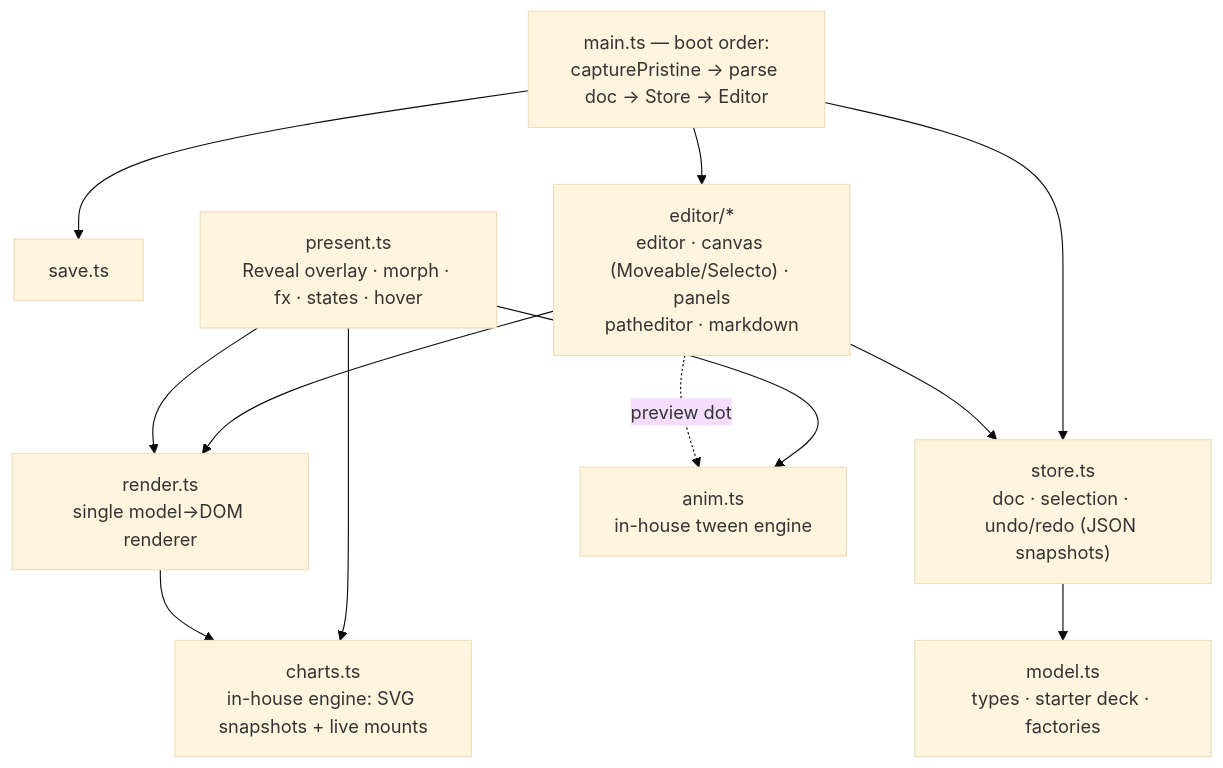
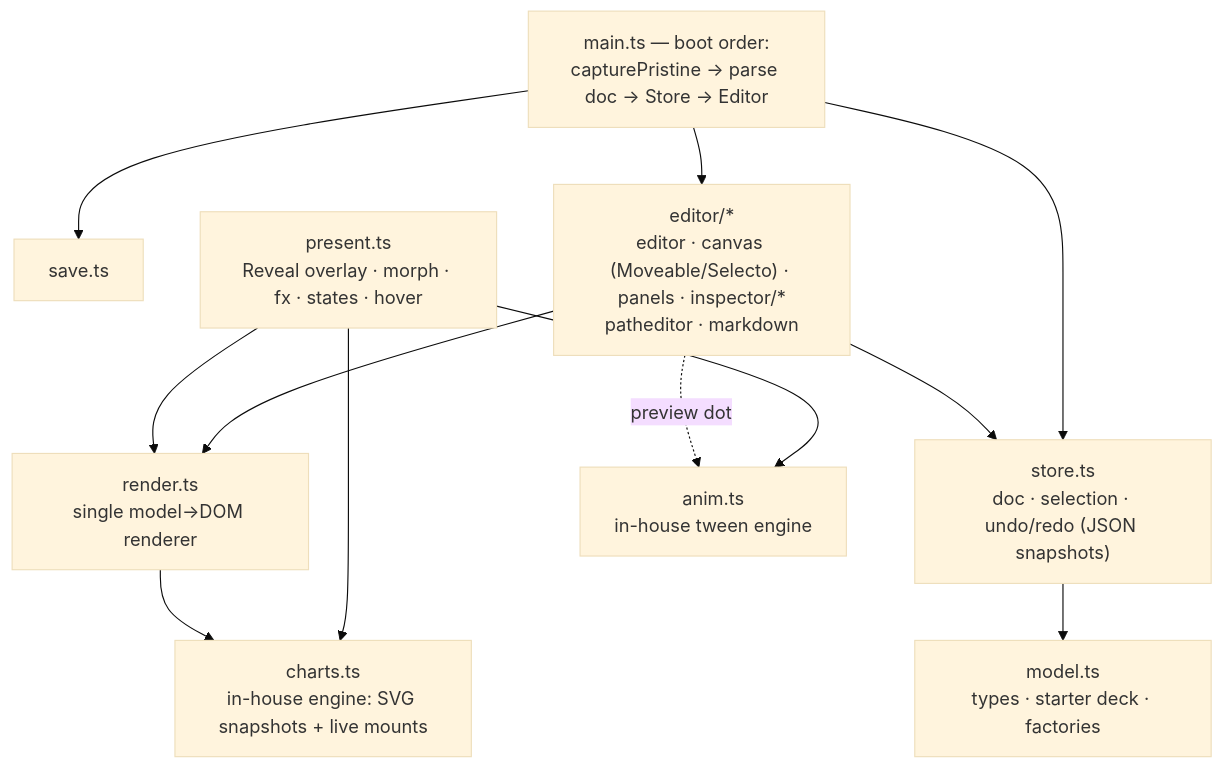
Before and after one commit to nyblnet/bento: the fourth of 4 diagrams in docs/architecture.md, drawn with Mermaid (base theme). The commit also changed other lines of this file and 5 other files, not shown here.

First line of the commit message:
docs: one changelog entry per feature; agents, architecture, format and the public key guide name the revamp's keys

````diff
--- a/docs/architecture.md
+++ b/docs/architecture.md
@@ -242,19 +245,19 @@
 ```mermaid
 flowchart TB
     MAIN["main.ts — boot order:<br/>capturePristine → parse doc → Store → Editor"]
     SAVE[save.ts]
     MODEL["model.ts<br/>types · starter deck · factories"]
     STORE["store.ts<br/>doc · selection · undo/redo (JSON snapshots)"]
     RENDER["render.ts<br/>single model→DOM renderer"]
     ANIM["anim.ts<br/>in-house tween engine"]
     CHARTS["charts.ts<br/>in-house engine: SVG snapshots + live mounts"]
     PRESENT["present.ts<br/>Reveal overlay · morph · fx · states · hover"]
-    ED["editor/*<br/>editor · canvas (Moveable/Selecto) · panels<br/>patheditor · markdown"]
+    ED["editor/*<br/>editor · canvas (Moveable/Selecto) · panels · inspector/*<br/>patheditor · markdown"]
 
     MAIN --> SAVE & STORE & ED
     ED --> STORE & RENDER
     PRESENT --> RENDER & ANIM & CHARTS
     ED -.->|preview dot| ANIM
     RENDER --> CHARTS
     STORE --> MODEL
 ```
````
